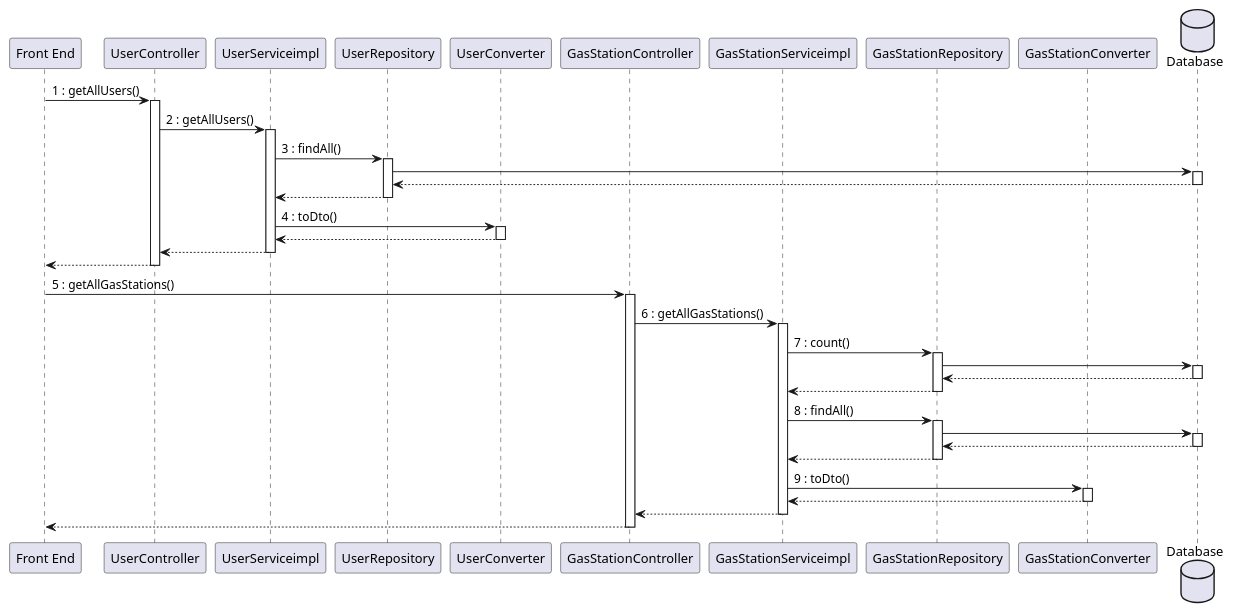
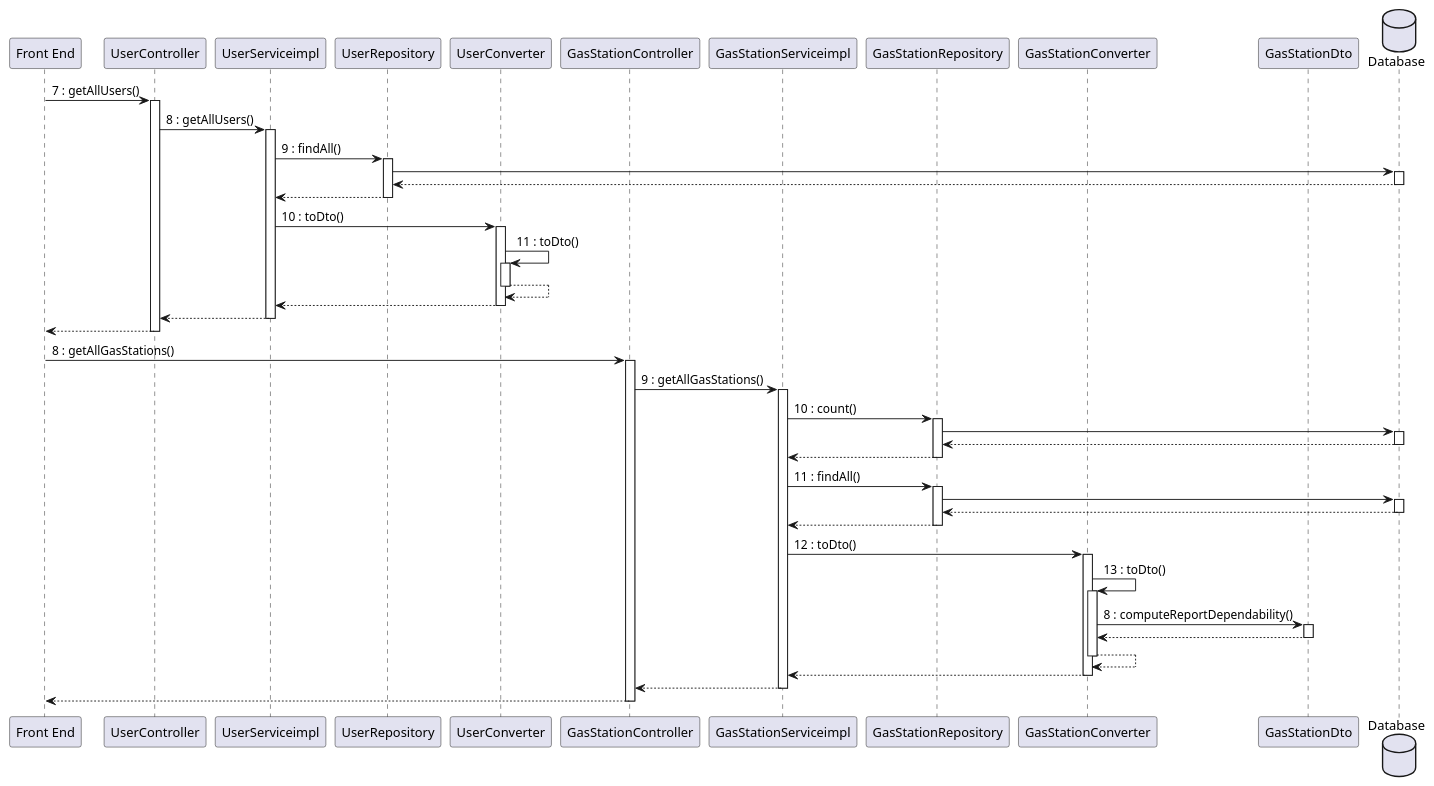
Before and after one commit to mosTavassoli/ezgas: diagram 13 of 15 in docs/DesignDocument.md, drawn with PlantUML. The commit also changed other lines of this file, not shown here.

Commit message:
docs(DesignDocument): edit sequence diagram

````diff
--- a/docs/DesignDocument.md
+++ b/docs/DesignDocument.md
@@ -933,41 +983,50 @@
 ```plantuml
 database Database order 30
-"Front End" -> UserController:1 : getAllUsers()
+"Front End" -> UserController:7 : getAllUsers()
 activate UserController
-UserController -> UserServiceimpl:2 : getAllUsers()
+UserController -> UserServiceimpl:8 : getAllUsers()
 activate UserServiceimpl
-UserServiceimpl -> UserRepository:3 : findAll()
+UserServiceimpl -> UserRepository:9 : findAll()
 activate UserRepository
 UserRepository -> Database
 activate Database
 return
 return
-UserServiceimpl -> UserConverter:4 : toDto()
+UserServiceimpl -> UserConverter:10 : toDto()
+activate UserConverter
+UserConverter -> UserConverter:11 : toDto()
 activate UserConverter
 return
 return
 return
+return
 
-"Front End" -> GasStationController:5 : getAllGasStations()
+"Front End" -> GasStationController:8 : getAllGasStations()
 activate GasStationController
-GasStationController -> GasStationServiceimpl:6 : getAllGasStations()
+GasStationController -> GasStationServiceimpl:9 : getAllGasStations()
 activate GasStationServiceimpl
-GasStationServiceimpl -> GasStationRepository:7 : count()
+GasStationServiceimpl -> GasStationRepository:10 : count()
 activate GasStationRepository
 GasStationRepository -> Database
 activate Database
 return
 return
-GasStationServiceimpl -> GasStationRepository:8 : findAll()
+GasStationServiceimpl -> GasStationRepository:11 : findAll()
 activate GasStationRepository
 GasStationRepository -> Database
 activate Database
 return
 return
 
-GasStationServiceimpl -> GasStationConverter:9 : toDto()
+GasStationServiceimpl -> GasStationConverter:12 : toDto()
 activate GasStationConverter
+GasStationConverter -> GasStationConverter:13 : toDto()
+activate GasStationConverter
+GasStationConverter -> GasStationDto:8 : computeReportDependability()
+activate GasStationDto
+return
+return
 return
 return
 return
 ```
````
